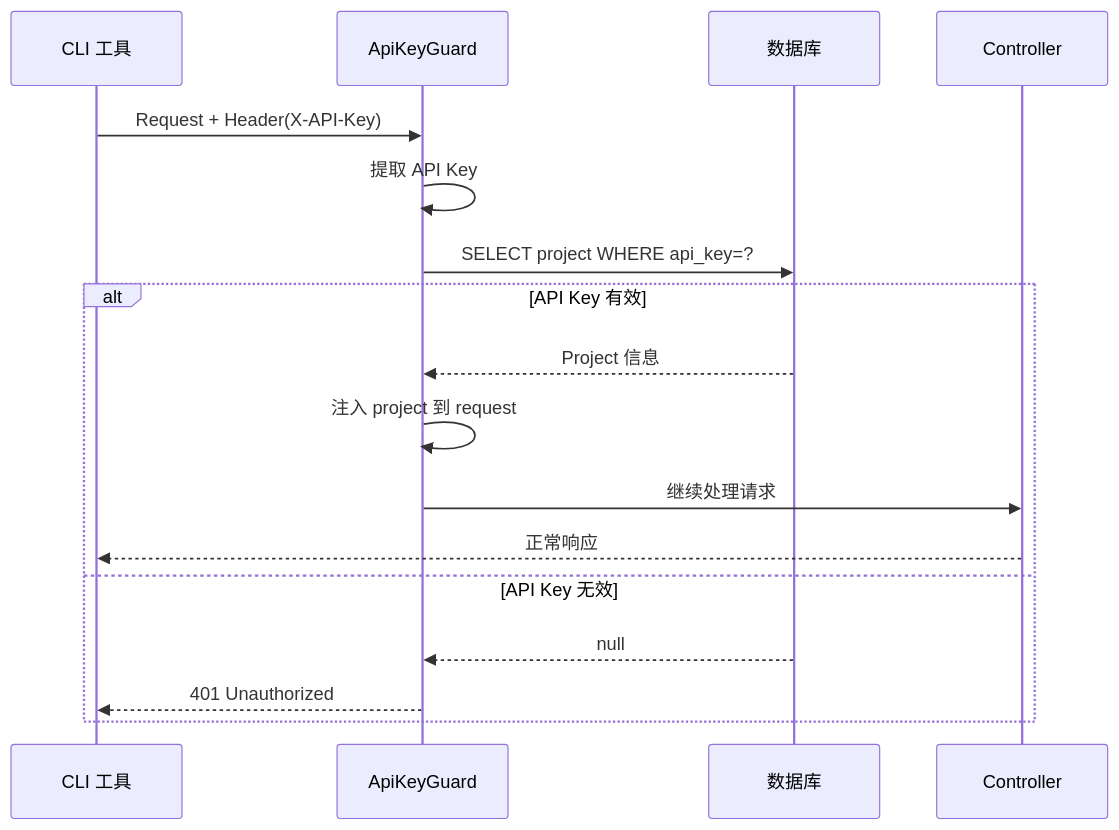
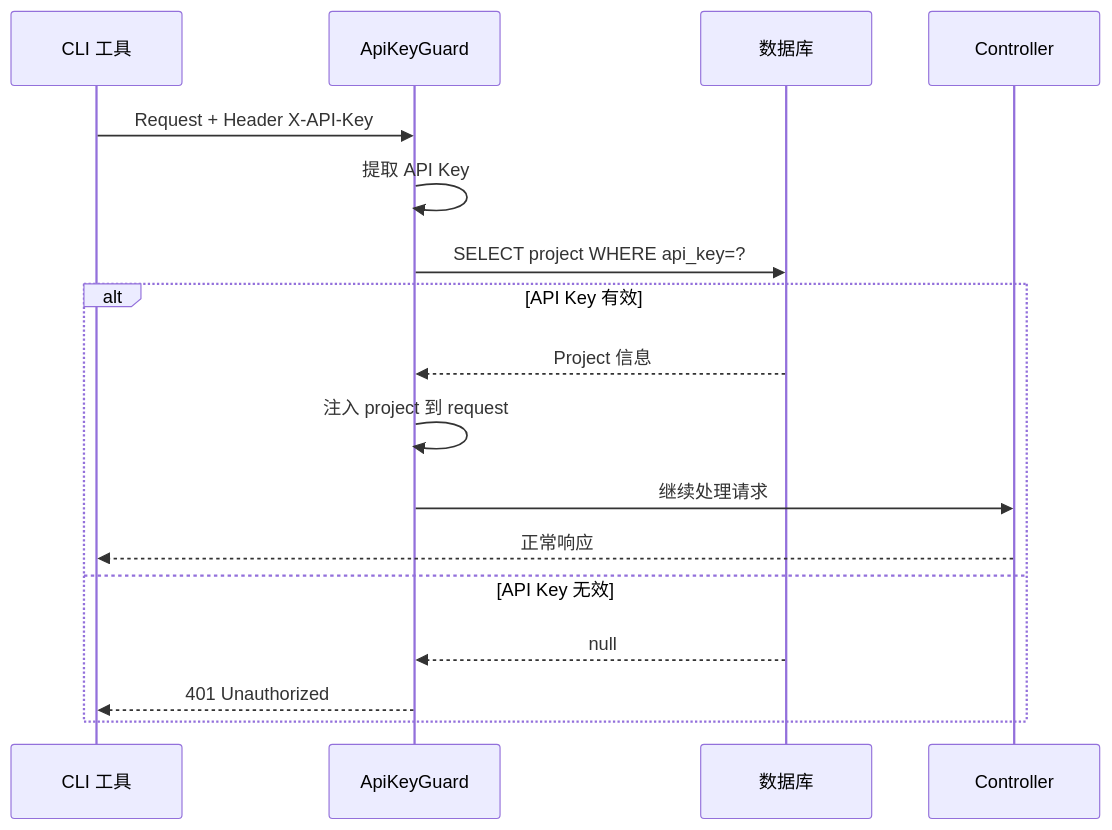
One commit to zhaotoday/translatex changed diagram 14 of 19 in workflows-diagrams.md. Above: the diagram before and after it, drawn with Mermaid. The commit also changed other lines of this file and 5 other files, not shown here.

````diff
--- a/workflows-diagrams.md
+++ b/workflows-diagrams.md
@@ -439,21 +410,21 @@
 ```mermaid
 sequenceDiagram
     participant CLI as CLI 工具
     participant Guard as ApiKeyGuard
     participant DB as 数据库
     participant Controller as Controller
     
-    CLI->>Guard: Request + Header(X-API-Key)
+    CLI->>Guard: Request + Header X-API-Key
     Guard->>Guard: 提取 API Key
     Guard->>DB: SELECT project WHERE api_key=?
     
     alt API Key 有效
         DB-->>Guard: Project 信息
         Guard->>Guard: 注入 project 到 request
         Guard->>Controller: 继续处理请求
         Controller-->>CLI: 正常响应
     else API Key 无效
         DB-->>Guard: null
         Guard-->>CLI: 401 Unauthorized
     end
 ```
````
